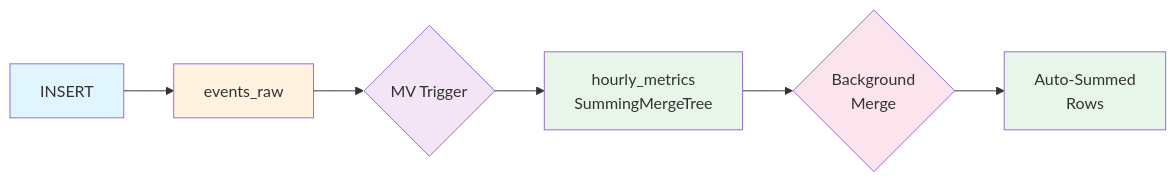
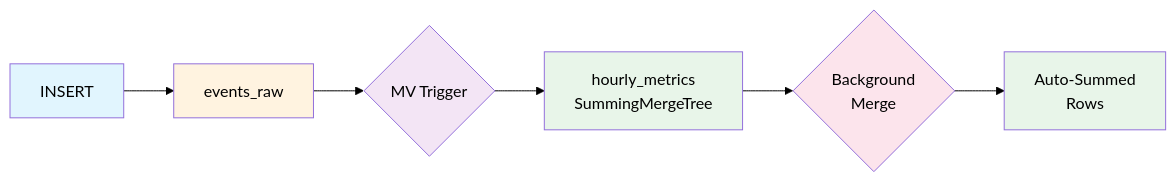
One commit to ClickHouse/ClickHouse_Demos changed the second of 6 diagrams in incremental_materialized_views/README.md. Above: the diagram before and after it, drawn with Mermaid. The commit also changed other lines of this file and 15 other files, not shown here.

````diff
--- a/incremental_materialized_views/README.md
+++ b/incremental_materialized_views/README.md
@@ -134,15 +145,16 @@
 ```mermaid
+%%{init: {'themeVariables': {'primaryTextColor': '#000000', 'lineColor': '#000000'}}}%%
 flowchart LR
     A[INSERT] --> B[events_raw]
     B --> C{MV Trigger}
     C --> D[hourly_metrics<br/>SummingMergeTree]
     D --> E{Background<br/>Merge}
     E --> F[Auto-Summed<br/>Rows]
 
-    style A fill:#e1f5fe
-    style B fill:#fff3e0
-    style C fill:#f3e5f5
-    style D fill:#e8f5e9
-    style E fill:#fce4ec
-    style F fill:#e8f5e9
+    style A fill:#e1f5fe,color:#000000
+    style B fill:#fff3e0,color:#000000
+    style C fill:#f3e5f5,color:#000000
+    style D fill:#e8f5e9,color:#000000
+    style E fill:#fce4ec,color:#000000
+    style F fill:#e8f5e9,color:#000000
 ```
````
